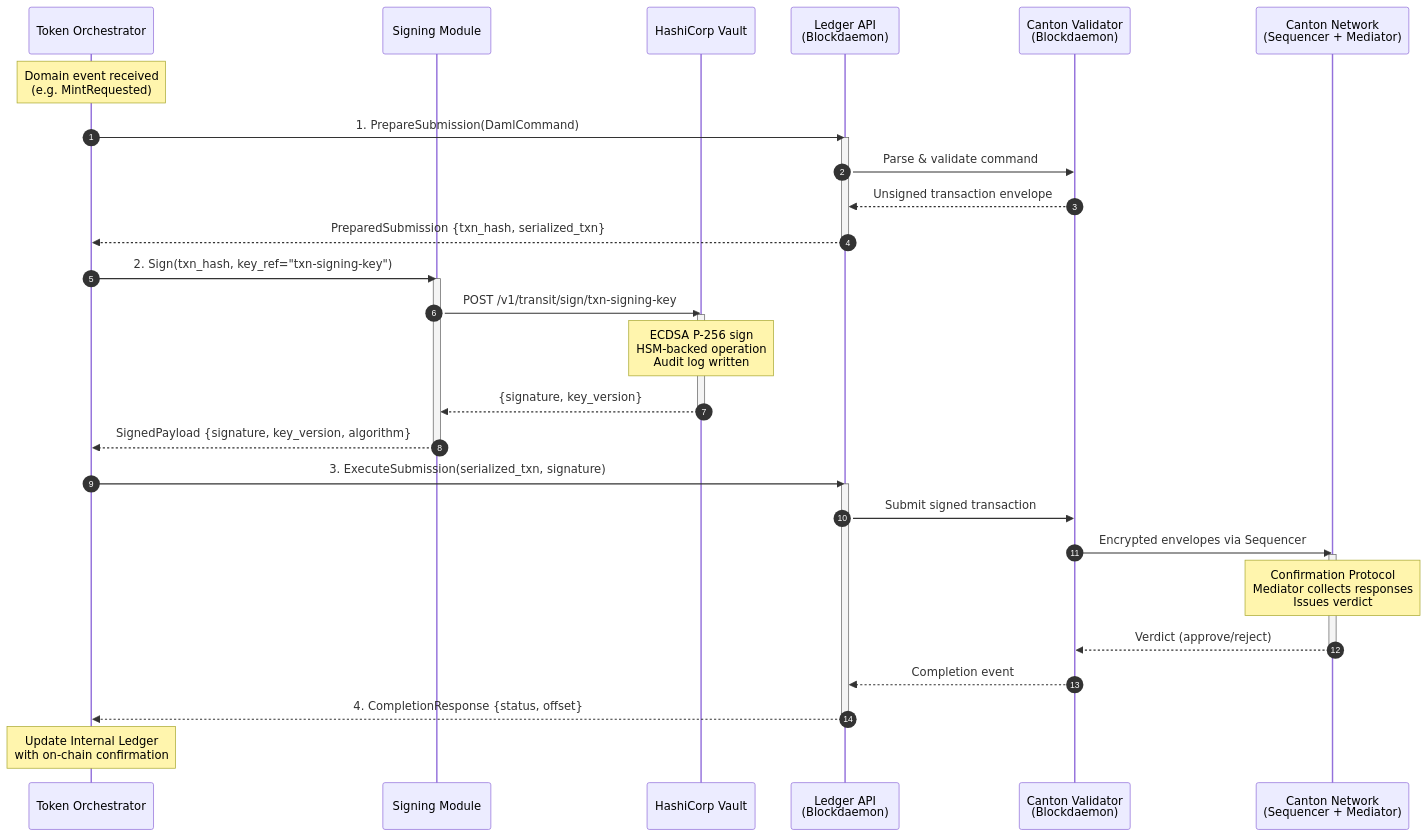
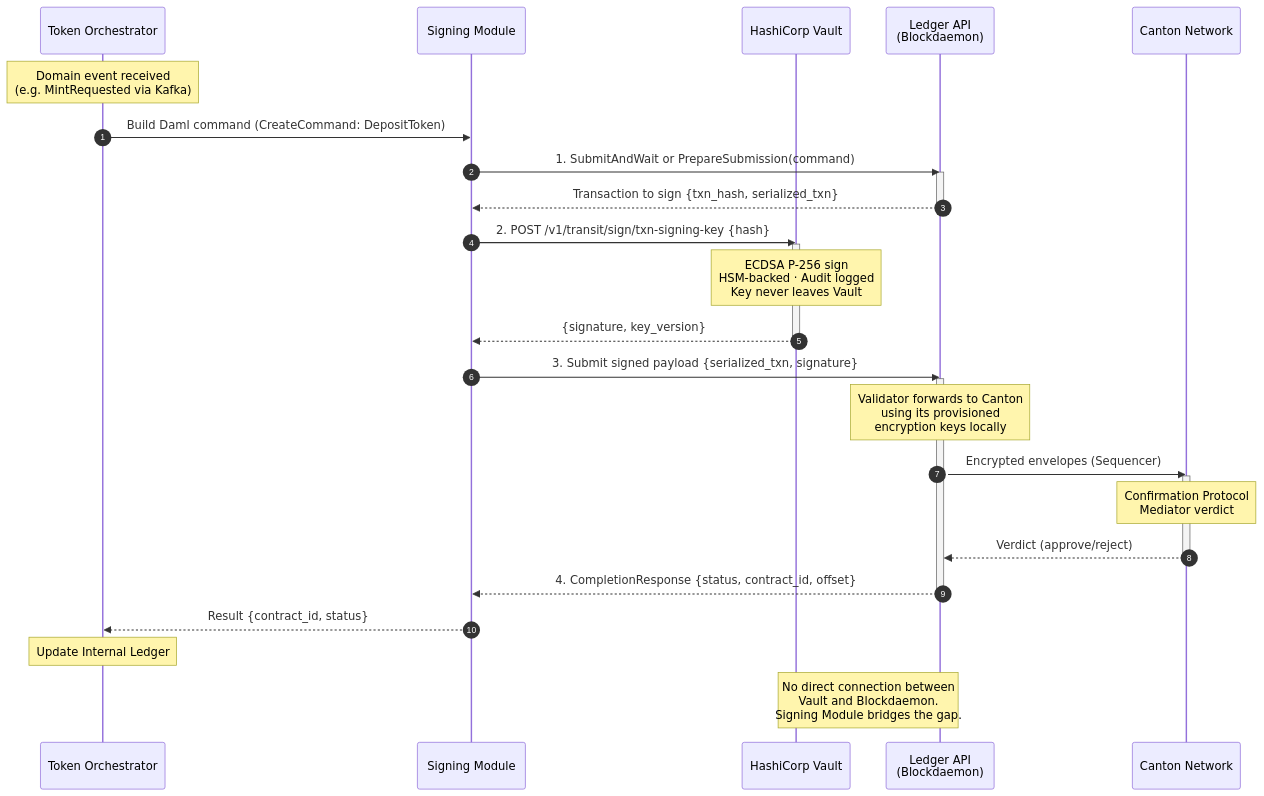
The fourth of 8 diagrams in vault-blockdaemon-kms-architecture.md (sickle5stone/canton), drawn with Mermaid before and after one commit. The commit also changed other lines of this file and 5 other files, not shown here.

First line of the commit message:
Rewrite KMS architecture: one-time key provisioning with full segregation

````diff
--- a/vault-blockdaemon-kms-architecture.md
+++ b/vault-blockdaemon-kms-architecture.md
@@ -131,43 +202,40 @@
 ```mermaid
 sequenceDiagram
     autonumber
     participant ORCH as Token Orchestrator
     participant SIGNER as Signing Module
     participant VAULT as HashiCorp Vault
     participant LAPI as Ledger API<br/>(Blockdaemon)
-    participant VALIDATOR as Canton Validator<br/>(Blockdaemon)
-    participant CANTON as Canton Network<br/>(Sequencer + Mediator)
+    participant CANTON as Canton Network
 
-    Note over ORCH: Domain event received<br/>(e.g. MintRequested)
+    Note over ORCH: Domain event received<br/>(e.g. MintRequested via Kafka)
 
-    ORCH->>LAPI: 1. PrepareSubmission(DamlCommand)
+    ORCH->>SIGNER: Build Daml command (CreateCommand: DepositToken)
+
+    SIGNER->>LAPI: 1. SubmitAndWait or PrepareSubmission(command)
     activate LAPI
-    LAPI->>VALIDATOR: Parse & validate command
-    VALIDATOR-->>LAPI: Unsigned transaction envelope
-    LAPI-->>ORCH: PreparedSubmission {txn_hash, serialized_txn}
+    LAPI-->>SIGNER: Transaction to sign {txn_hash, serialized_txn}
     deactivate LAPI
 
-    ORCH->>SIGNER: 2. Sign(txn_hash, key_ref="txn-signing-key")
-    activate SIGNER
-    SIGNER->>VAULT: POST /v1/transit/sign/txn-signing-key
+    SIGNER->>VAULT: 2. POST /v1/transit/sign/txn-signing-key {hash}
     activate VAULT
-    Note over VAULT: ECDSA P-256 sign<br/>HSM-backed operation<br/>Audit log written
+    Note over VAULT: ECDSA P-256 sign<br/>HSM-backed · Audit logged<br/>Key never leaves Vault
     VAULT-->>SIGNER: {signature, key_version}
     deactivate VAULT
-    SIGNER-->>ORCH: SignedPayload {signature, key_version, algorithm}
-    deactivate SIGNER
 
-    ORCH->>LAPI: 3. ExecuteSubmission(serialized_txn, signature)
+    SIGNER->>LAPI: 3. Submit signed payload {serialized_txn, signature}
     activate LAPI
-    LAPI->>VALIDATOR: Submit signed transaction
-    VALIDATOR->>CANTON: Encrypted envelopes via Sequencer
+    Note over LAPI: Validator forwards to Canton<br/>using its provisioned<br/>encryption keys locally
+    LAPI->>CANTON: Encrypted envelopes (Sequencer)
     activate CANTON
-    Note over CANTON: Confirmation Protocol<br/>Mediator collects responses<br/>Issues verdict
-    CANTON-->>VALIDATOR: Verdict (approve/reject)
+    Note over CANTON: Confirmation Protocol<br/>Mediator verdict
+    CANTON-->>LAPI: Verdict (approve/reject)
     deactivate CANTON
-    VALIDATOR-->>LAPI: Completion event
-    LAPI-->>ORCH: 4. CompletionResponse {status, offset}
+    LAPI-->>SIGNER: 4. CompletionResponse {status, contract_id, offset}
     deactivate LAPI
 
-    Note over ORCH: Update Internal Ledger<br/>with on-chain confirmation
+    SIGNER-->>ORCH: Result {contract_id, status}
+    Note over ORCH: Update Internal Ledger
+
+    Note over VAULT,LAPI: No direct connection between<br/>Vault and Blockdaemon.<br/>Signing Module bridges the gap.
 ```
````
